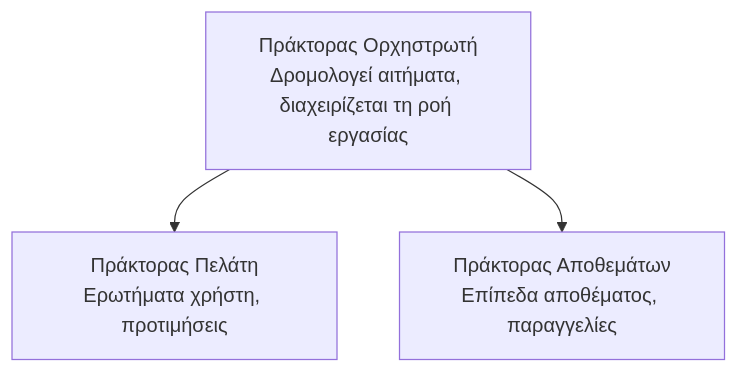
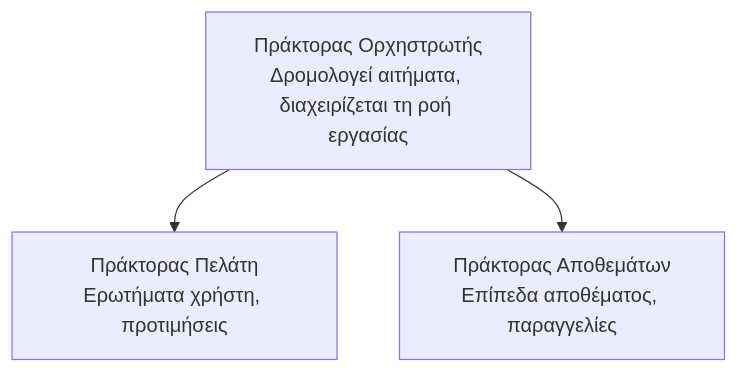
The diagram in translations/el/docs/chapter-05-multi-agent/README.md (microsoft/AZD-for-beginners), drawn with Mermaid before and after one commit. The commit also changed other lines of this file and 101 other files, not shown here.

````diff
--- a/translations/el/docs/chapter-05-multi-agent/README.md
+++ b/translations/el/docs/chapter-05-multi-agent/README.md
@@ -50,5 +52,5 @@
 ```mermaid
 graph TD
-    Orchestrator[Πράκτορας Ορχηστρωτή<br/>Δρομολογεί αιτήματα, διαχειρίζεται τη ροή εργασίας] --> Customer[Πράκτορας Πελάτη<br/>Ερωτήματα χρήστη, προτιμήσεις]
+    Orchestrator[Πράκτορας Ορχηστρωτής<br/>Δρομολογεί αιτήματα, διαχειρίζεται τη ροή εργασίας] --> Customer[Πράκτορας Πελάτη<br/>Ερωτήματα χρήστη, προτιμήσεις]
     Orchestrator --> Inventory[Πράκτορας Αποθεμάτων<br/>Επίπεδα αποθέματος, παραγγελίες]
 ```
````
